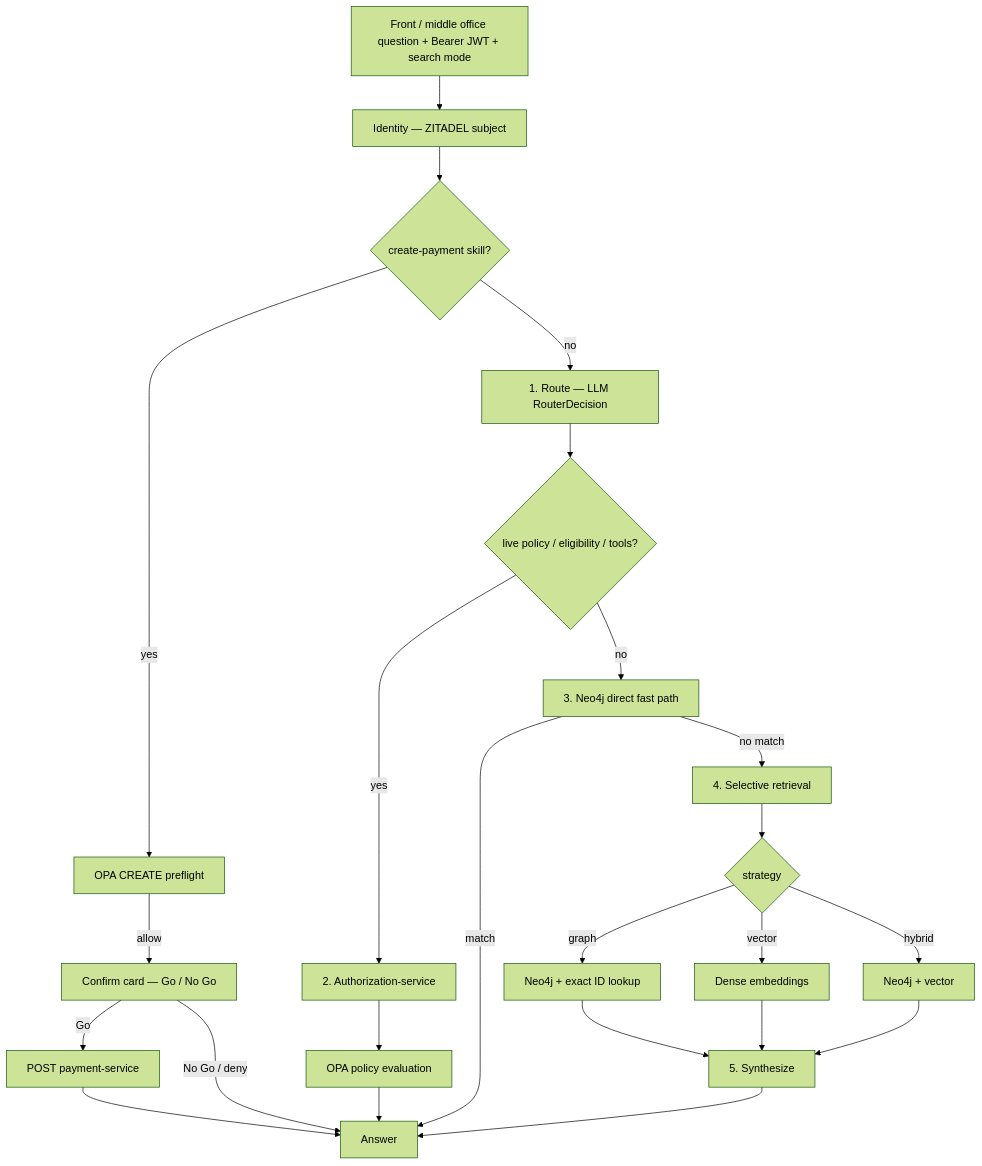
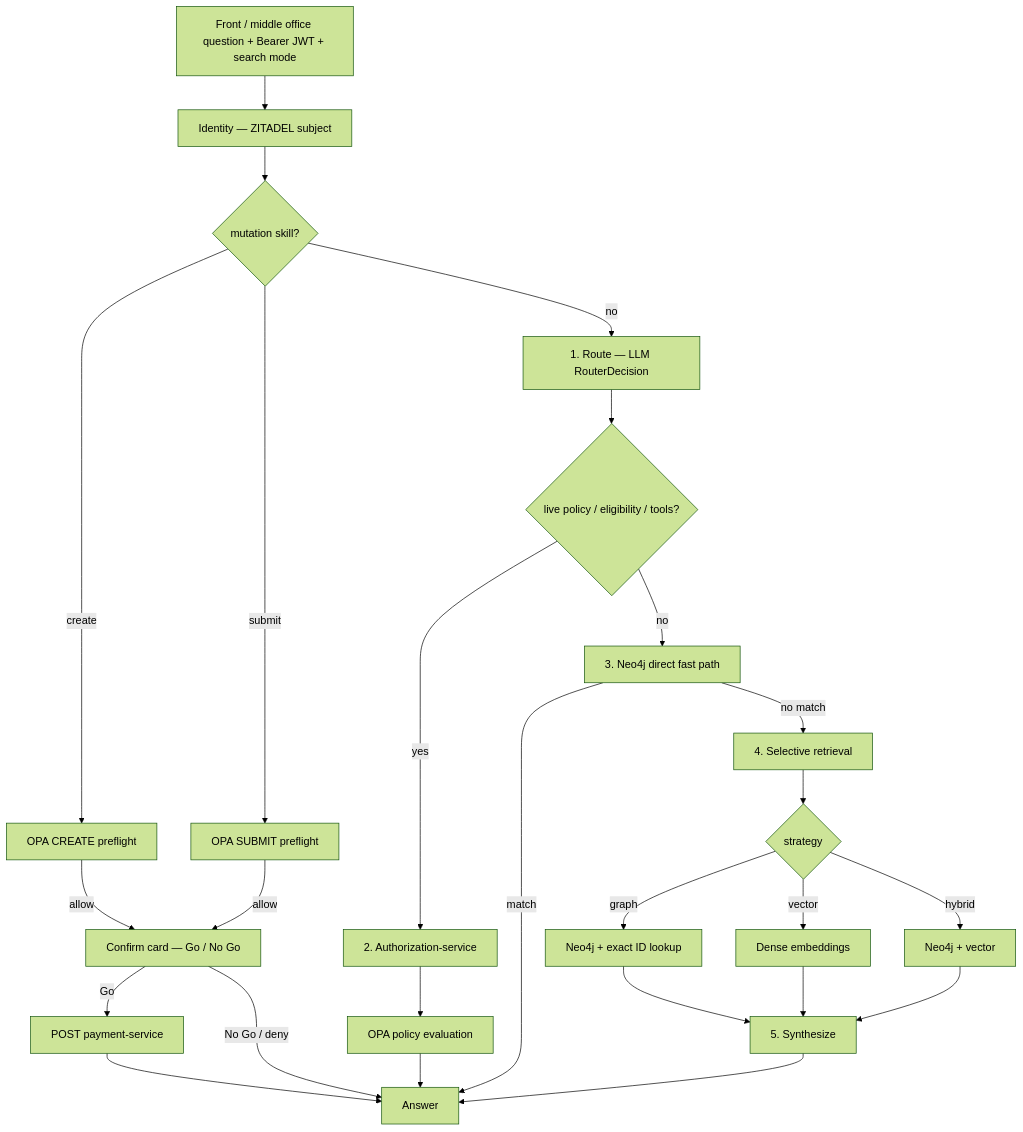
The second of 2 diagrams in README.md (sanjuthomas/policy-pilot), drawn with Mermaid (forest theme) before and after one commit. The commit also changed other lines of this file and 20 other files, not shown here.

First line of the commit message:
Add submit-payment skill for owning-LOB funding approval.

````diff
--- a/README.md
+++ b/README.md
@@ -125,26 +130,28 @@
 ```mermaid
 flowchart TD
     Q["Front / middle office question + Bearer JWT + search mode"] --> ID[Identity — ZITADEL subject]
-    ID --> SK{create-payment skill?}
-    SK -->|yes| PRE[OPA CREATE preflight]
-    PRE -->|allow| CONF[Confirm card — Go / No Go]
+    ID --> SK{mutation skill?}
+    SK -->|create| PRE1[OPA CREATE preflight]
+    SK -->|submit| PRE2[OPA SUBMIT preflight]
+    PRE1 -->|allow| CONF[Confirm card — Go / No Go]
+    PRE2 -->|allow| CONF
     CONF -->|Go| PAY[POST payment-service]
     PAY --> A[Answer]
     CONF -->|No Go / deny| A
     SK -->|no| R[1. Route — LLM RouterDecision]
     R --> E{live policy / eligibility / tools?}
     E -->|yes| AZ[2. Authorization-service]
     AZ --> OPA[OPA policy evaluation]
     OPA --> A
     E -->|no| D[3. Neo4j direct fast path]
     D -->|match| A
     D -->|no match| RET[4. Selective retrieval]
     RET --> G{strategy}
     G -->|graph| N[Neo4j + exact ID lookup]
     G -->|vector| V[Dense embeddings]
     G -->|hybrid| H[Neo4j + vector]
     N --> S[5. Synthesize]
     V --> S
     H --> S
     S --> A
 ```
````
